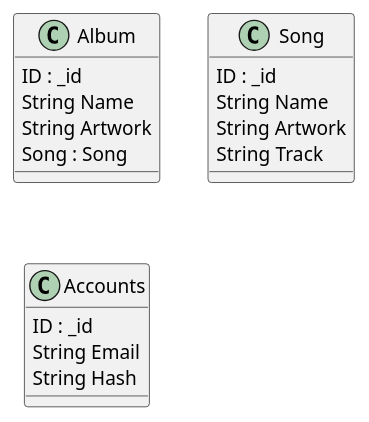
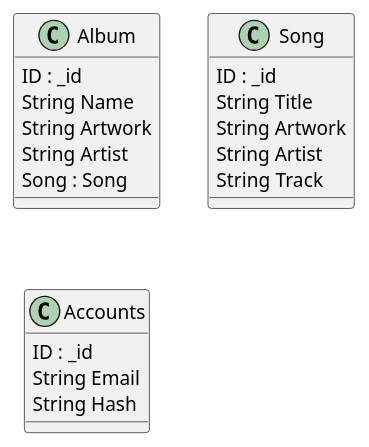
The diagram in Documentation/Data-models.plantuml (OJPARKINSON/Music-Player), drawn with PlantUML before and after one commit. The commit also changed 3 other files, not shown here.

```diff
--- a/Documentation/Data-models.plantuml
+++ b/Documentation/Data-models.plantuml
@@ -1,23 +1,25 @@
 @startuml
 
 class Album {
     ID : _id
     String Name
     String Artwork
+    String Artist
     Song : Song
 }
 
 class Song {
     ID : _id
-    String Name
+    String Title
     String Artwork
+    String Artist
     String Track
 }
 
 class Accounts {
     ID : _id
     String Email
     String Hash
 }
 
 @enduml
```
